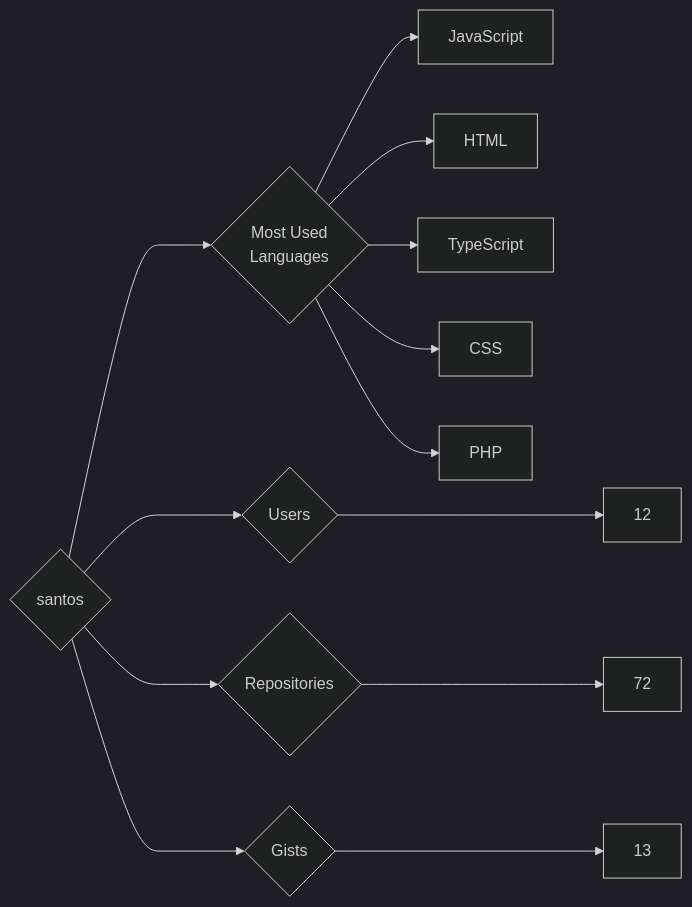
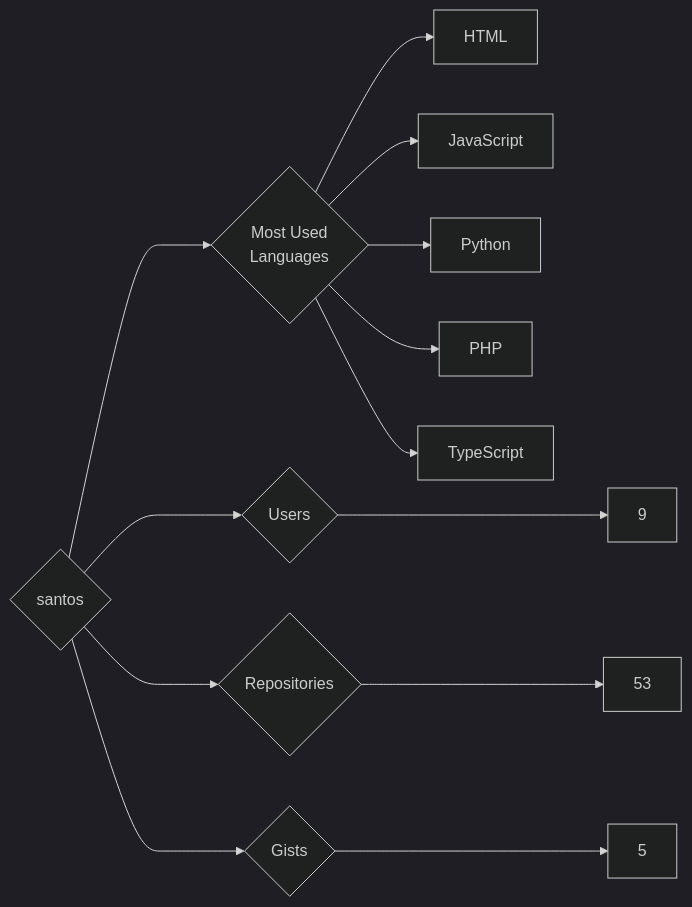
The diagram in targets/santos/README.md (trickest/insiders), drawn with Mermaid (dark theme) before and after one commit. The commit also changed 1496 other files, not shown here.

````diff
--- a/targets/santos/README.md
+++ b/targets/santos/README.md
@@ -3,13 +3,13 @@
 ```mermaid
 graph LR
 COMPANY_NAME{santos}
-COMPANY_NAME ---> U{Users} ---> UN[12]
-COMPANY_NAME ---> R{Repositories} ---> RN[72]
-COMPANY_NAME ---> G{Gists} ---> GN[13]
+COMPANY_NAME ---> U{Users} ---> UN[9]
+COMPANY_NAME ---> R{Repositories} ---> RN[53]
+COMPANY_NAME ---> G{Gists} ---> GN[5]
 COMPANY_NAME ---> ML{Most Used<br>Languages}
+ML --> HTML[HTML]
 ML --> JavaScript[JavaScript]
-ML --> HTML[HTML]
+ML --> Python[Python]
+ML --> PHP[PHP]
 ML --> TypeScript[TypeScript]
-ML --> CSS[CSS]
-ML --> PHP[PHP]
 ```
````
